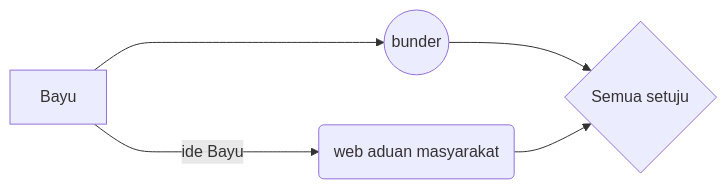
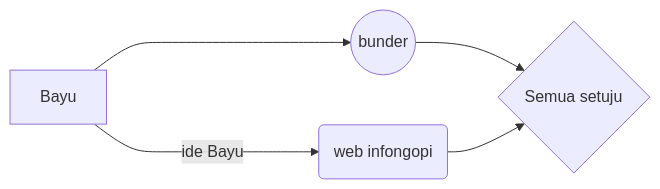
One commit to bayustwn/fp_pemweb changed the diagram in readme.md. Above: the diagram before and after it, drawn with Mermaid.

````diff
--- a/readme.md
+++ b/readme.md
@@ -3,7 +3,7 @@
 ```mermaid
 graph LR
 A[Bayu] ----> B((bunder))
-A --ide Bayu--> C(web aduan masyarakat)
+A --ide Bayu--> C(web infongopi)
 B --> D{Semua setuju}
 C --> D
 ```
````
